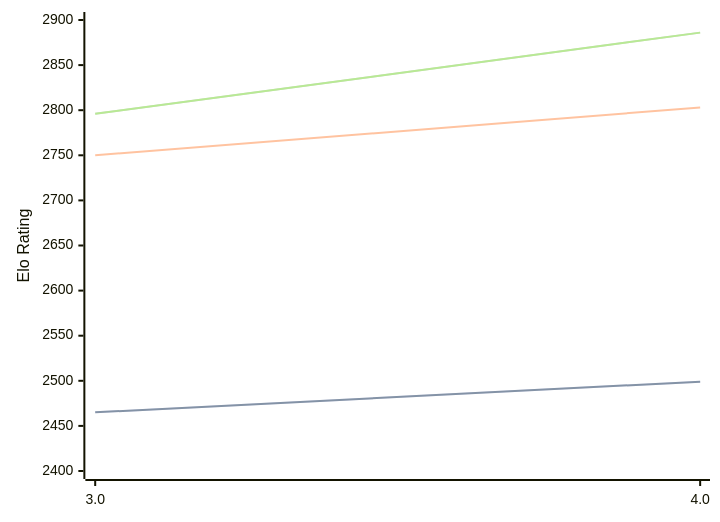
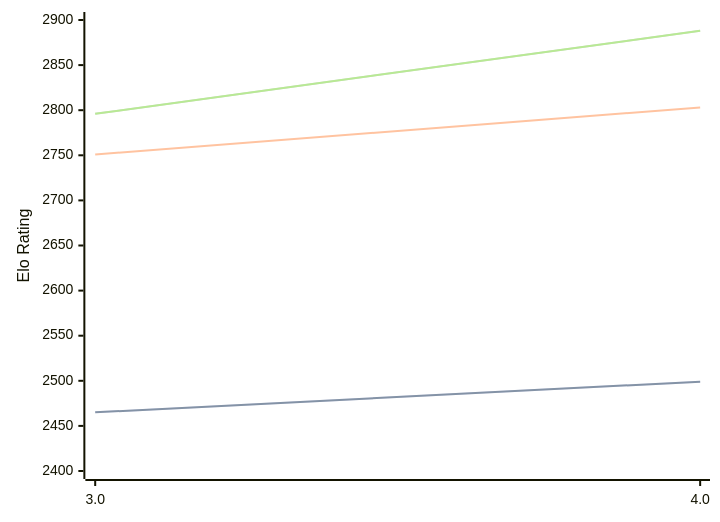
Before and after one commit to computer-chess-index/cci: the diagram in engines/Chess3.md, drawn with Mermaid. The commit also changed other lines of this file, not shown here.

Commit message:
Update CCI Ratings (ELO VLTC) - 2026-08-23

````diff
--- a/engines/Chess3.md
+++ b/engines/Chess3.md
@@ -32,11 +32,11 @@
 ```mermaid
 %%{init: {"theme":"base","themeVariables":{"seriesColors:['#a3a3a3','#222221','#faa371']}}}%%
 xychart-beta
   x-axis ["3.0", "4.0"]
   y-axis "Elo Rating" 2400 --> 2900
   line "STC (8.0+0.08s)" [2465, 2499]
   line "STC (8.0+0.08s)" [2465, 2499]
-  line "LTC (60.0+0.60s)" [2750, 2803]
-  line "VLTC (2m24s+1.12s)" [2796, 2886]
-  line "VLTC (2m24s+1.12s)" [2796, 2886]
+  line "LTC (60.0+0.60s)" [2751, 2803]
+  line "VLTC (2m24s+1.12s)" [2796, 2888]
+  line "VLTC (2m24s+1.12s)" [2796, 2888]
 ```
````
